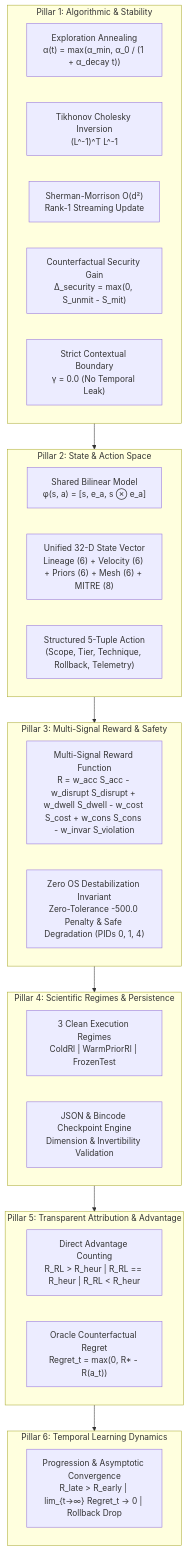
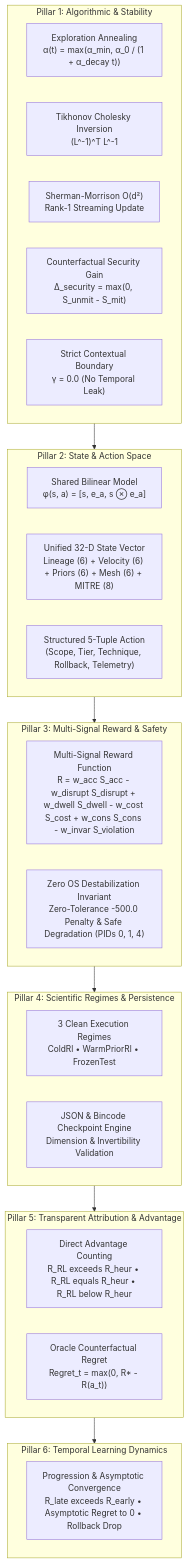
Diagram 21 of 33 in README.md (oyesanyf/OshoosiClaw), drawn with Mermaid before and after one commit. The commit also changed other lines of this file and 40 other files, not shown here.

````diff
--- a/README.md
+++ b/README.md
@@ -1611,37 +1781,37 @@
 ```mermaid
 graph TD
     subgraph P1["Pillar 1: Algorithmic & Stability"]
         ANN["Exploration Annealing<br/>α(t) = max(α_min, α_0 / (1 + α_decay t))"]
         CHOL["Tikhonov Cholesky Inversion<br/>(L^-1)^T L^-1"]
         SM["Sherman-Morrison O(d²)<br/>Rank-1 Streaming Update"]
         CSG["Counterfactual Security Gain<br/>Δ_security = max(0, S_unmit - S_mit)"]
         CBOUND["Strict Contextual Boundary<br/>γ = 0.0 (No Temporal Leak)"]
     end
 
     subgraph P2["Pillar 2: State & Action Space"]
         REP["Shared Bilinear Model<br/>φ(s, a) = [s, e_a, s ⊗ e_a]"]
         DIM32["Unified 32-D State Vector<br/>Lineage (6) + Velocity (6) + Priors (6) + Mesh (6) + MITRE (8)"]
         ACT5["Structured 5-Tuple Action<br/>(Scope, Tier, Technique, Rollback, Telemetry)"]
     end
 
     subgraph P3["Pillar 3: Multi-Signal Reward & Safety"]
         MSR["Multi-Signal Reward Function<br/>R = w_acc S_acc - w_disrupt S_disrupt + w_dwell S_dwell - w_cost S_cost + w_cons S_cons - w_invar S_violation"]
         INVAR["Zero OS Destabilization Invariant<br/>Zero-Tolerance -500.0 Penalty & Safe Degradation (PIDs 0, 1, 4)"]
     end
 
     subgraph P4["Pillar 4: Scientific Regimes & Persistence"]
-        REG["3 Clean Execution Regimes<br/>ColdRl | WarmPriorRl | FrozenTest"]
+        REG["3 Clean Execution Regimes<br/>ColdRl • WarmPriorRl • FrozenTest"]
         SER["JSON & Bincode Checkpoint Engine<br/>Dimension & Invertibility Validation"]
     end
 
     subgraph P5["Pillar 5: Transparent Attribution & Advantage"]
-        ADV["Direct Advantage Counting<br/>R_RL > R_heur | R_RL == R_heur | R_RL < R_heur"]
+        ADV["Direct Advantage Counting<br/>R_RL exceeds R_heur • R_RL equals R_heur • R_RL below R_heur"]
         REGRET["Oracle Counterfactual Regret<br/>Regret_t = max(0, R* - R(a_t))"]
     end
 
     subgraph P6["Pillar 6: Temporal Learning Dynamics"]
-        DYN["Progression & Asymptotic Convergence<br/>R_late > R_early | lim_{t→∞} Regret_t → 0 | Rollback Drop"]
+        DYN["Progression & Asymptotic Convergence<br/>R_late exceeds R_early • Asymptotic Regret to 0 • Rollback Drop"]
     end
 
     P1 --> P2 --> P3 --> P4 --> P5 --> P6
 ```
````
